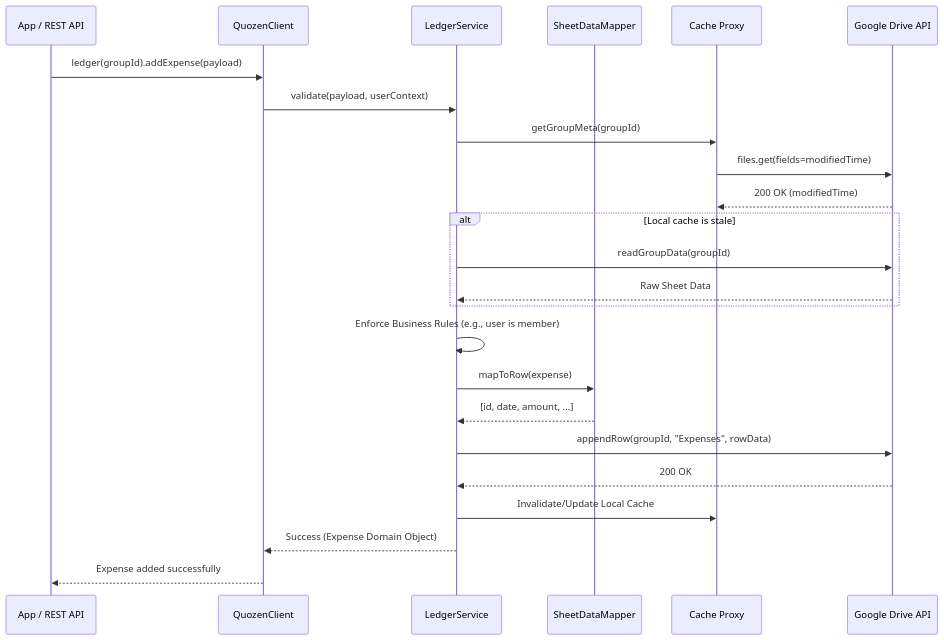
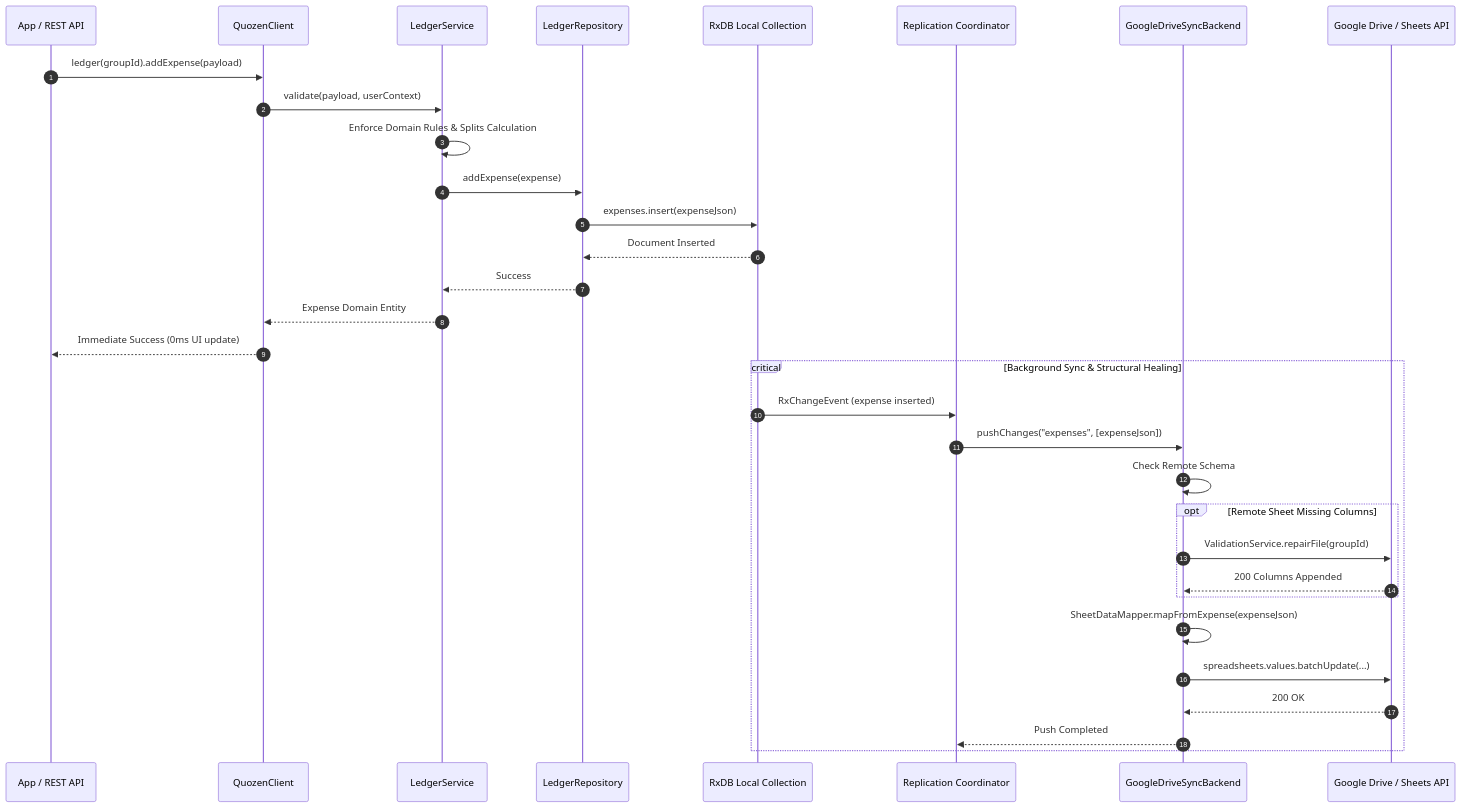
The diagram in docs/architecture/core-logic-architecture.md (qozara/Quozen), drawn with Mermaid before and after one commit. The commit also changed other lines of this file and 61 other files, not shown here.

````diff
--- a/docs/architecture/core-logic-architecture.md
+++ b/docs/architecture/core-logic-architecture.md
@@ -7,35 +9,38 @@
 ```mermaid
 sequenceDiagram
+    autonumber
     participant Client as App / REST API
     participant SDK as QuozenClient
     participant Ledger as LedgerService
-    participant Mapper as SheetDataMapper
-    participant Cache as Cache Proxy
-    participant Drive as Google Drive API
+    participant Repo as LedgerRepository
+    participant DB as RxDB Local Collection
+    participant Repl as Replication Coordinator
+    participant Backend as GoogleDriveSyncBackend
+    participant Drive as Google Drive / Sheets API
 
+    %% 1. Synchronous Local-First Execution (0ms UI latency)
     Client->>SDK: ledger(groupId).addExpense(payload)
     SDK->>Ledger: validate(payload, userContext)
-    
-    %% Authorization & State check
-    Ledger->>Cache: getGroupMeta(groupId)
-    Cache->>Drive: files.get(fields=modifiedTime)
-    Drive-->>Cache: 200 OK (modifiedTime)
-    
-    %% Cache Hit/Miss logic abstracted
-    alt Local cache is stale
-        Ledger->>Drive: readGroupData(groupId)
-        Drive-->>Ledger: Raw Sheet Data
+    Ledger->>Ledger: Enforce Domain Rules & Splits Calculation
+    Ledger->>Repo: addExpense(expense)
+    Repo->>DB: expenses.insert(expenseJson)
+    DB-->>Repo: Document Inserted
+    Repo-->>Ledger: Success
+    Ledger-->>SDK: Expense Domain Entity
+    SDK-->>Client: Immediate Success (0ms UI update)
+
+    %% 2. Asynchronous Background Replication
+    critical Background Sync & Structural Healing
+        DB->>Repl: RxChangeEvent (expense inserted)
+        Repl->>Backend: pushChanges("expenses", [expenseJson])
+        Backend->>Backend: Check Remote Schema
+        opt Remote Sheet Missing Columns
+            Backend->>Drive: ValidationService.repairFile(groupId)
+            Drive-->>Backend: 200 Columns Appended
+        end
+        Backend->>Backend: SheetDataMapper.mapFromExpense(expenseJson)
+        Backend->>Drive: spreadsheets.values.batchUpdate(...)
+        Drive-->>Backend: 200 OK
+        Backend-->>Repl: Push Completed
     end
-
-    Ledger->>Ledger: Enforce Business Rules (e.g., user is member)
-    Ledger->>Mapper: mapToRow(expense)
-    Mapper-->>Ledger: [id, date, amount, ...]
-    
-    %% Write Operation
-    Ledger->>Drive: appendRow(groupId, "Expenses", rowData)
-    Drive-->>Ledger: 200 OK
-    
-    Ledger->>Cache: Invalidate/Update Local Cache
-    Ledger-->>SDK: Success (Expense Domain Object)
-    SDK-->>Client: Expense added successfully
 ```
````
